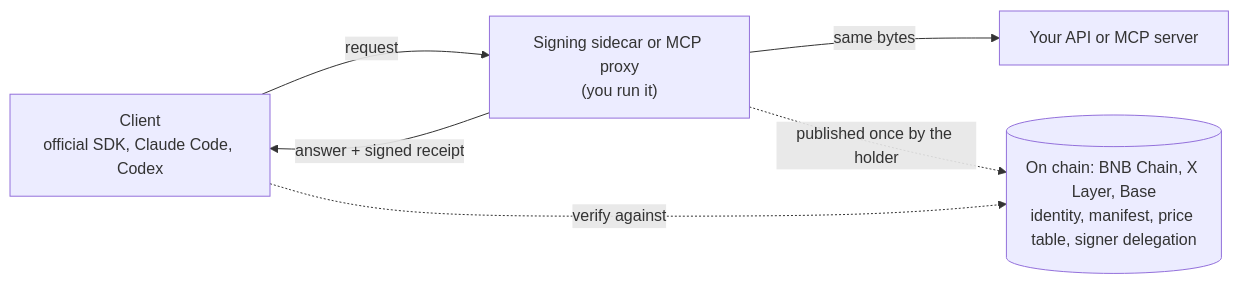
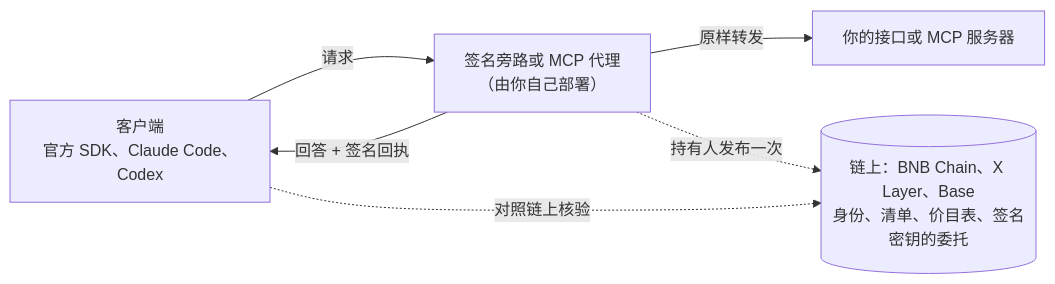
The diagram in README.md (BruceLanLan/tapeapi), drawn with Mermaid before and after one commit. The commit also changed other lines of this file and 10 other files, not shown here.

````diff
--- a/README.md
+++ b/README.md
@@ -376,12 +65,12 @@
 ```mermaid
 flowchart LR
-    client["Client<br/>official SDK, Claude Code, Codex"]
-    sidecar["Signing sidecar or MCP proxy<br/>(you run it)"]
-    upstream["Your API or MCP server"]
-    chain[("On chain: BNB Chain, X Layer, Base<br/>identity, manifest, price table, signer delegation")]
-    client -- "request" --> sidecar
-    sidecar -- "same bytes" --> upstream
-    sidecar -- "answer + signed receipt" --> client
-    sidecar -. "published once by the holder" .-> chain
-    client -. "verify against" .-> chain
+    client["客户端<br/>官方 SDK、Claude Code、Codex"]
+    sidecar["签名旁路或 MCP 代理<br/>（由你自己部署）"]
+    upstream["你的接口或 MCP 服务器"]
+    chain[("链上：BNB Chain、X Layer、Base<br/>身份、清单、价目表、签名密钥的委托")]
+    client -- "请求" --> sidecar
+    sidecar -- "原样转发" --> upstream
+    sidecar -- "回答 + 签名回执" --> client
+    sidecar -. "持有人发布一次" .-> chain
+    client -. "对照链上核验" .-> chain
 ```
````
